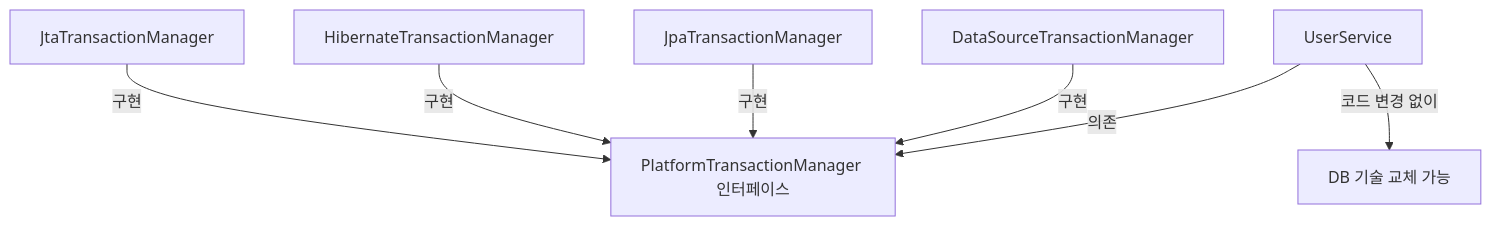
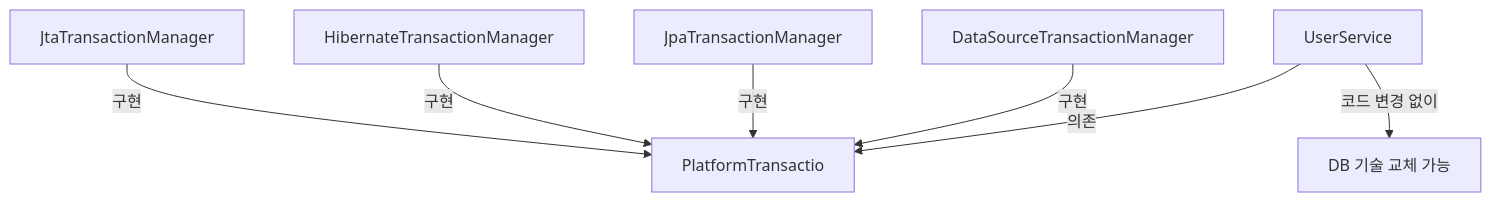
One commit to yjkim2015/yjkim2015.github.io changed the third of 7 diagrams in _posts/spring/2026-05-02-spring6-principles.md. Above: the diagram before and after it, drawn with Mermaid. The commit also changed other lines of this file and 271 other files, not shown here.

First line of the commit message:
Mermaid 라벨 축소: 긴 노드 텍스트 18자 이하로 트림 + \n 제거

````diff
--- a/_posts/spring/2026-05-02-spring6-principles.md
+++ b/_posts/spring/2026-05-02-spring6-principles.md
@@ -243,9 +243,9 @@
 ```mermaid
 graph TD
-    A[UserService] -->|"의존"| B["PlatformTransactionManager 인터페이스"]
+    A[UserService] -->|"의존"| B["PlatformTransactio"]
     C[DataSourceTransactionManager] -->|"구현"| B
     D[JpaTransactionManager] -->|"구현"| B
     E[HibernateTransactionManager] -->|"구현"| B
     F[JtaTransactionManager] -->|"구현"| B
     A -->|"코드 변경 없이"| G["DB 기술 교체 가능"]
 ```
````
